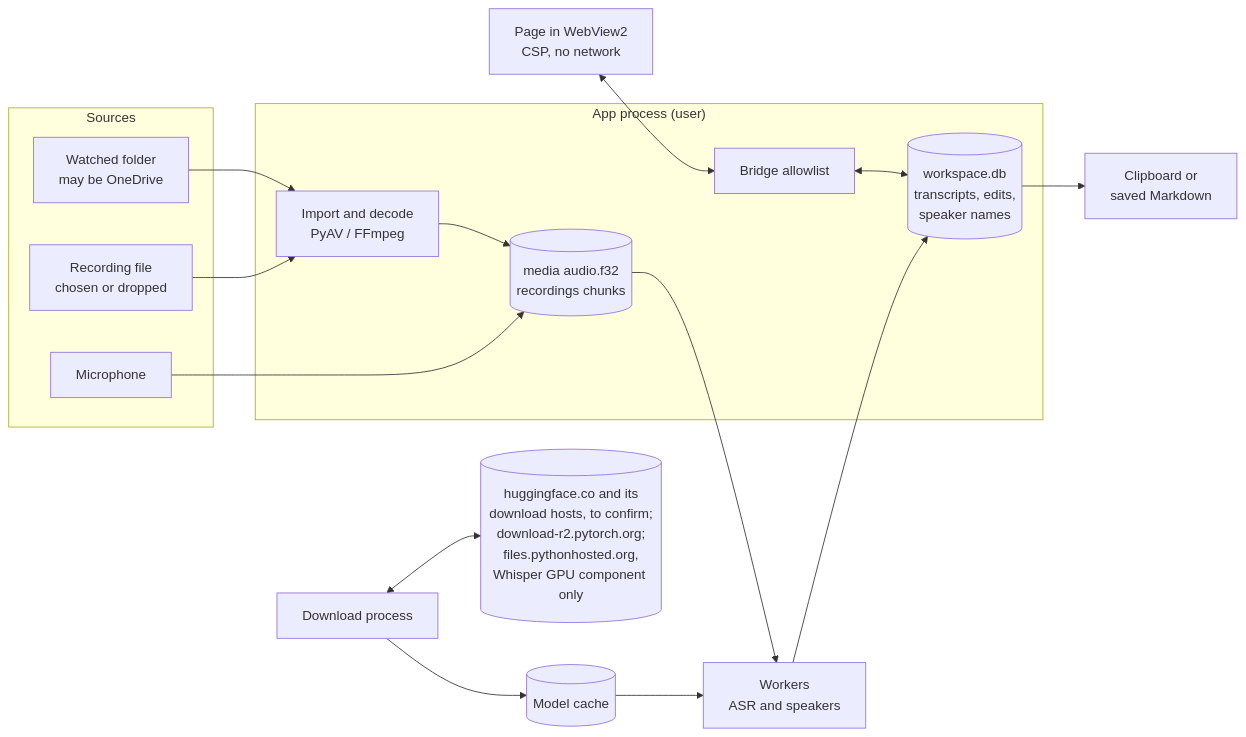
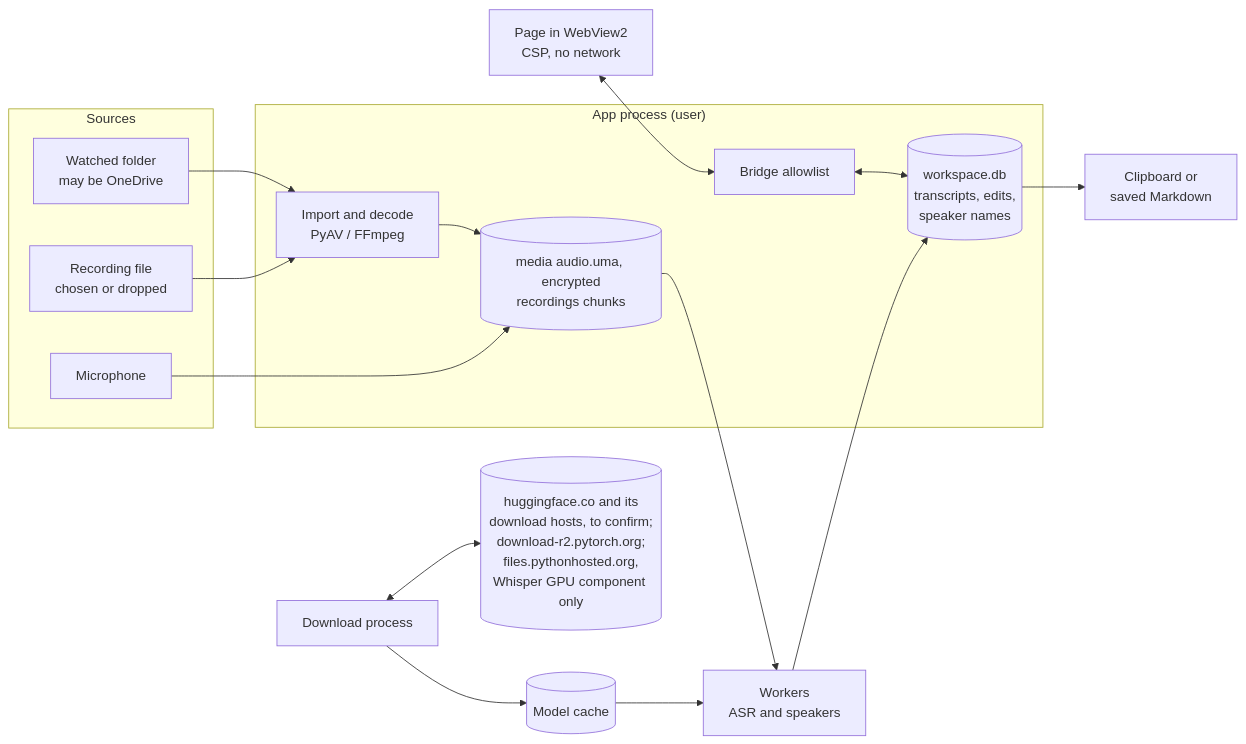
Before and after one commit to thatskiff33/unminute: the diagram in docs/SECURITY_MODEL.md, drawn with Mermaid. The commit also changed other lines of this file and 33 other files, not shown here.

First line of the commit message:
C3a: decoded meeting audio encrypted under the meeting's audio key (#111) (#281)

````diff
--- a/docs/SECURITY_MODEL.md
+++ b/docs/SECURITY_MODEL.md
@@ -49,33 +49,33 @@
 ```mermaid
 flowchart LR
   subgraph Sources
     F[Recording file<br/>chosen or dropped]
     W[Watched folder<br/>may be OneDrive]
     M[Microphone]
   end
   subgraph App["App process (user)"]
     I[Import and decode<br/>PyAV / FFmpeg]
     S[(workspace.db<br/>transcripts, edits,<br/>speaker names)]
-    A[(media audio.f32<br/>recordings chunks)]
+    A[(media audio.uma, encrypted<br/>recordings chunks)]
     B[Bridge allowlist]
   end
   P[Page in WebView2<br/>CSP, no network]
   K[Workers<br/>ASR and speakers]
   D[Download process]
   HF[(huggingface.co and its<br/>download hosts, to confirm;<br/>download-r2.pytorch.org;<br/>files.pythonhosted.org,<br/>Whisper GPU component only)]
   MC[(Model cache)]
   O[Clipboard or<br/>saved Markdown]
 
   F --> I
   W --> I
   M --> A
   I --> A
   A --> K
   K --> S
   MC --> K
   P <--> B
   B <--> S
   S --> O
   D <--> HF
   D --> MC
 ```
````
